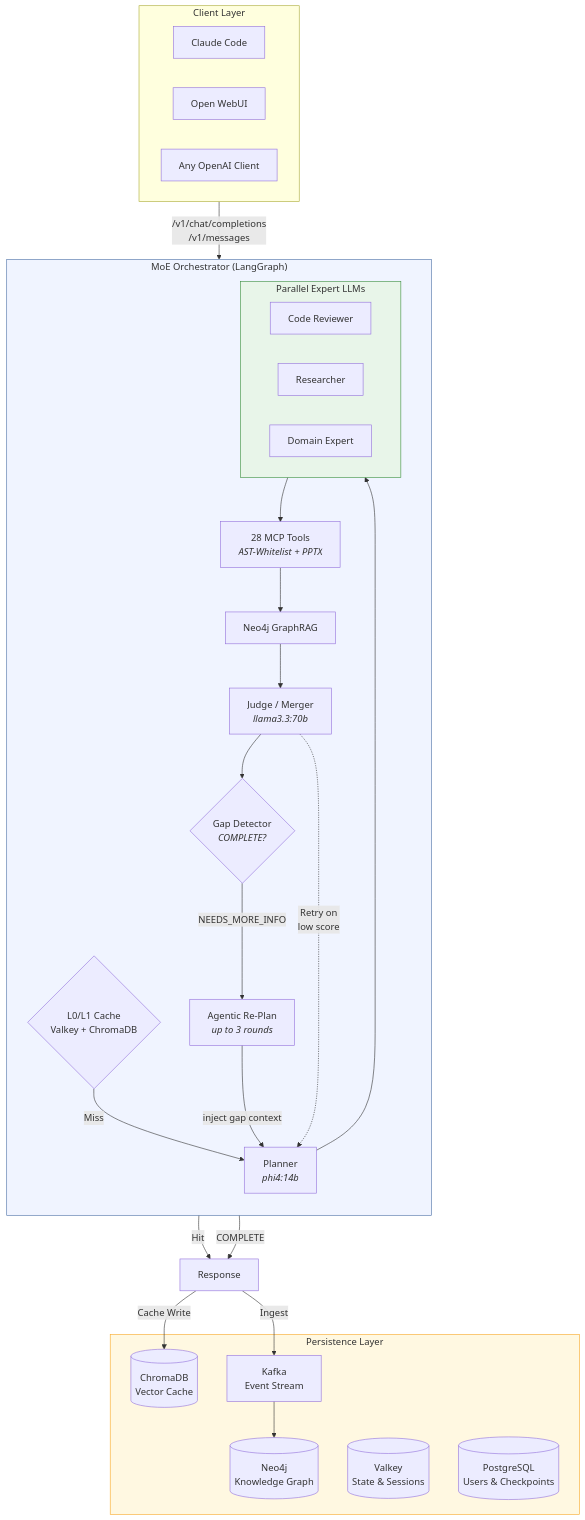
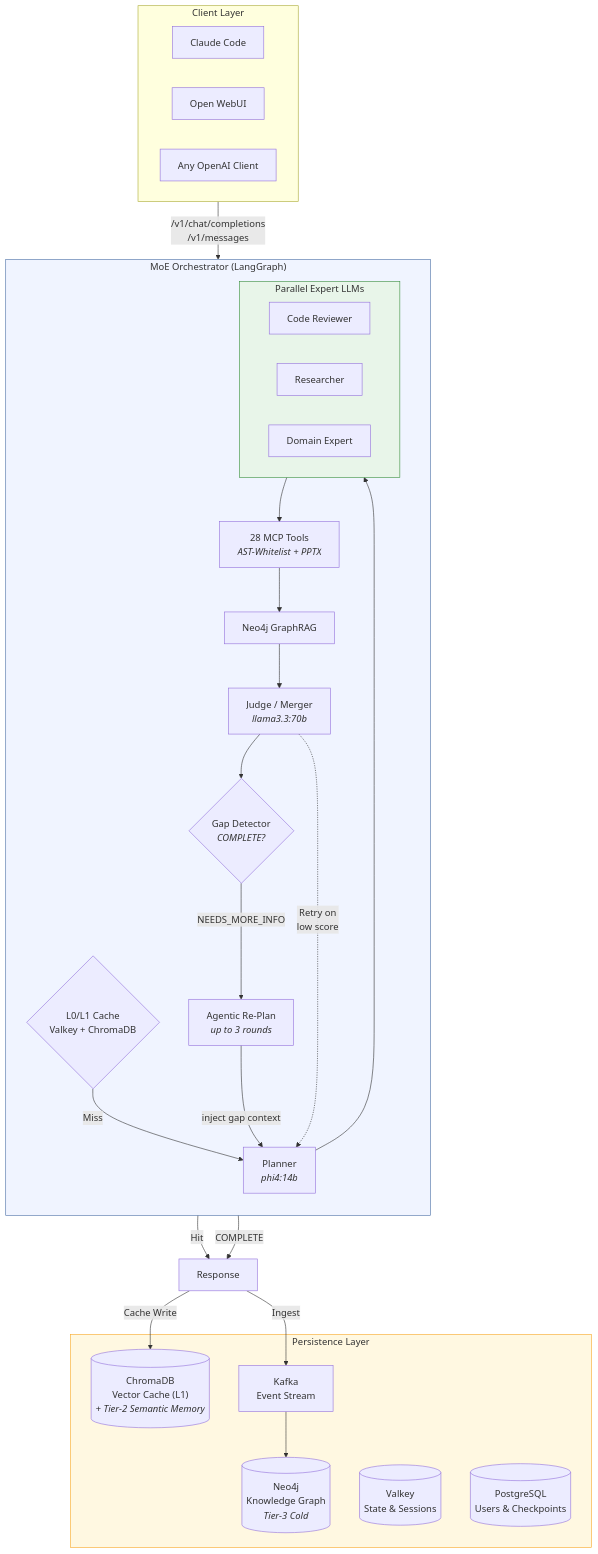
The first of 3 diagrams in README.md (h3rb3rn/moe-sovereign), drawn with Mermaid before and after one commit. The commit also changed other lines of this file and 9 other files, not shown here.

First line of the commit message:
feat: Tier-2 semantic memory, MRCR-lite v2 benchmark, docs & website update

````diff
--- a/README.md
+++ b/README.md
@@ -31,54 +31,54 @@
 ```mermaid
 flowchart TD
     subgraph Clients["Client Layer"]
         CC["Claude Code"]
         OW["Open WebUI"]
         API["Any OpenAI Client"]
     end
 
     subgraph Orchestrator["MoE Orchestrator (LangGraph)"]
         direction TB
         Cache{"L0/L1 Cache<br/>Valkey + ChromaDB"}
         Planner["Planner<br/><i>phi4:14b</i>"]
         
         subgraph Experts["Parallel Expert LLMs"]
             E1["Code Reviewer"]
             E2["Researcher"]
             E3["Domain Expert"]
         end
 
         MCP["28 MCP Tools<br/><i>AST-Whitelist + PPTX</i>"]
         Graph["Neo4j GraphRAG"]
         Judge["Judge / Merger<br/><i>llama3.3:70b</i>"]
         GapCheck{"Gap Detector<br/><i>COMPLETE?</i>"}
         Replan["Agentic Re-Plan<br/><i>up to 3 rounds</i>"]
     end
 
     subgraph Storage["Persistence Layer"]
-        Neo4j[("Neo4j<br/>Knowledge Graph")]
-        Chroma[("ChromaDB<br/>Vector Cache")]
+        Neo4j[("Neo4j<br/>Knowledge Graph<br/><i>Tier-3 Cold</i>")]
+        Chroma[("ChromaDB<br/>Vector Cache (L1)<br/><i>+ Tier-2 Semantic Memory</i>")]
         Kafka["Kafka<br/>Event Stream"]
         Valkey[("Valkey<br/>State & Sessions")]
         PG[("PostgreSQL<br/>Users & Checkpoints")]
     end
 
     Clients -->|"/v1/chat/completions<br/>/v1/messages"| Cache
     Cache -->|Miss| Planner
     Cache -->|Hit| Response
     Planner --> Experts
     Experts --> MCP
     MCP --> Graph
     Graph --> Judge
     Judge --> GapCheck
     GapCheck -->|"COMPLETE"| Response["Response"]
     GapCheck -->|"NEEDS_MORE_INFO"| Replan
     Replan -->|"inject gap context"| Planner
     Response -->|Ingest| Kafka
     Kafka --> Neo4j
     Response -->|Cache Write| Chroma
     Judge -.->|"Retry on<br/>low score"| Planner
 
     style Orchestrator fill:#f0f4ff,stroke:#4a6fa5
     style Experts fill:#e8f5e9,stroke:#388e3c
     style Storage fill:#fff8e1,stroke:#f9a825
 ```
````
